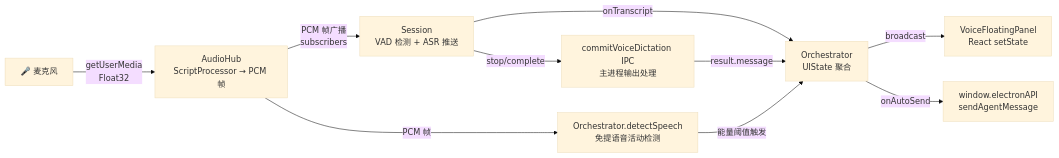
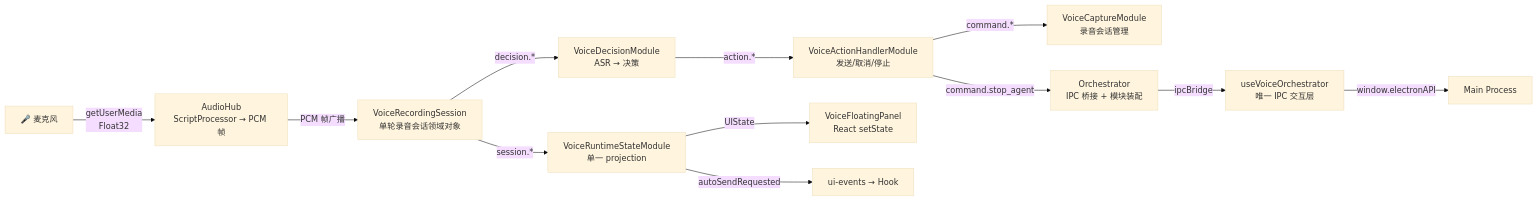
Before and after one commit to yjzaaa/porma_v1: the second of 8 diagrams in apps/electron/src/renderer/components/voice-dictation/CLAUDE.md, drawn with Mermaid (base theme). The commit also changed other lines of this file and 13 other files, not shown here.

Commit message:
refactor voice session lifecycle

````diff
--- a/apps/electron/src/renderer/components/voice-dictation/CLAUDE.md
+++ b/apps/electron/src/renderer/components/voice-dictation/CLAUDE.md
@@ -107,14 +96,14 @@
 ```mermaid
 flowchart LR
     mic["🎤 麦克风"] -->|"getUserMedia<br/>Float32"| hub["AudioHub<br/>ScriptProcessor → PCM 帧"]
-    hub -->|"PCM 帧广播<br/>subscribers"| session["Session<br/>VAD 检测 + ASR 推送"]
-    hub -->|"PCM 帧"| vad["Orchestrator.detectSpeech<br/>免提语音活动检测"]
-
-    session -->|"onTranscript"| orch["Orchestrator<br/>UIState 聚合"]
-    vad -->|"能量阈值触发"| orch
-    orch -->|"broadcast"| ui["VoiceFloatingPanel<br/>React setState"]
-
-    session -->|"stop/complete"| commit["commitVoiceDictation IPC<br/>主进程输出处理"]
-    commit -->|"result.message"| orch
-    orch -->|"onAutoSend"| send["window.electronAPI<br/>sendAgentMessage"]
+    hub -->|"PCM 帧广播"| session["VoiceRecordingSession<br/>单轮录音会话领域对象"]
+    session -->|"session.*"| runtime["VoiceRuntimeStateModule<br/>单一 projection"]
+    session -->|"decision.*"| decision["VoiceDecisionModule<br/>ASR → 决策"]
+    decision -->|"action.*"| action["VoiceActionHandlerModule<br/>发送/取消/停止"]
+    action -->|"command.*"| capture["VoiceCaptureModule<br/>录音会话管理"]
+    action -->|"command.stop_agent"| orch["Orchestrator<br/>IPC 桥接 + 模块装配"]
+    orch -->|"ipcBridge"| hook["useVoiceOrchestrator<br/>唯一 IPC 交互层"]
+    hook -->|"window.electronAPI"| commit["Main Process"]
+    runtime -->|"UIState"| ui["VoiceFloatingPanel<br/>React setState"]
+    runtime -->|"autoSendRequested"| send["ui-events → Hook"]
 ```
````
